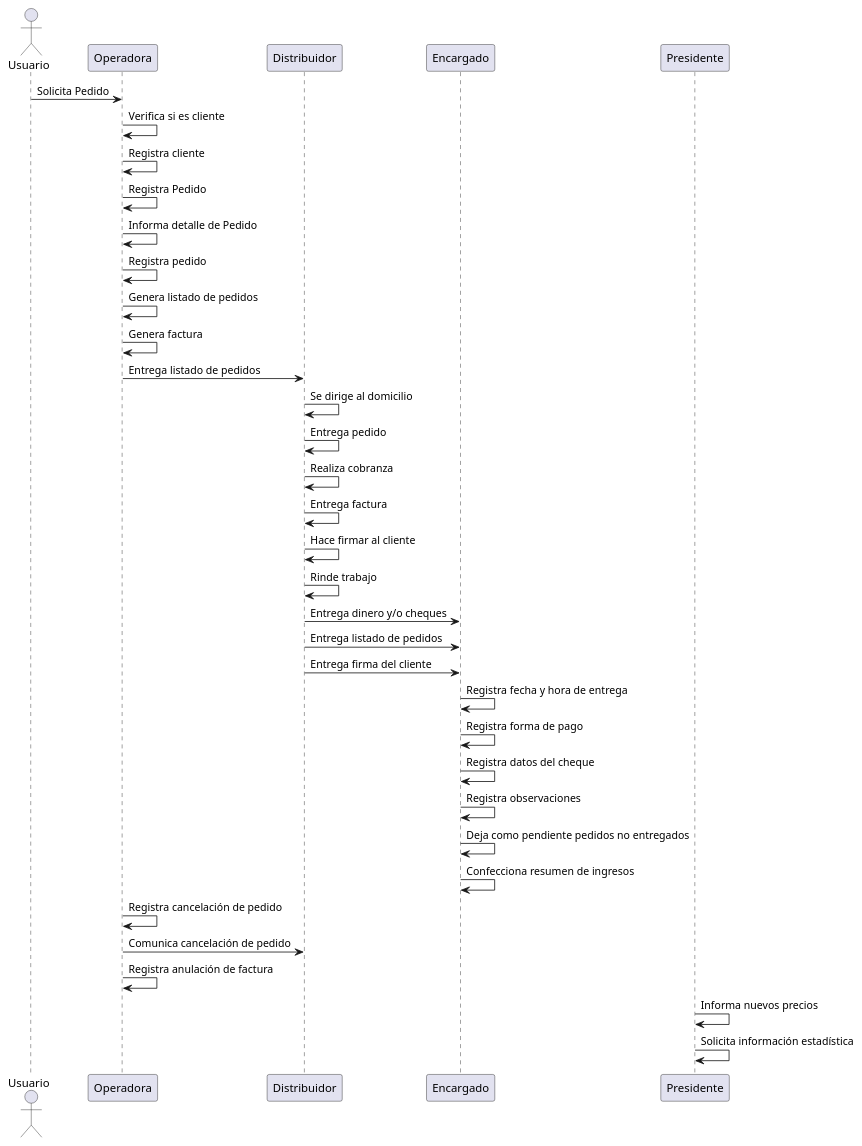
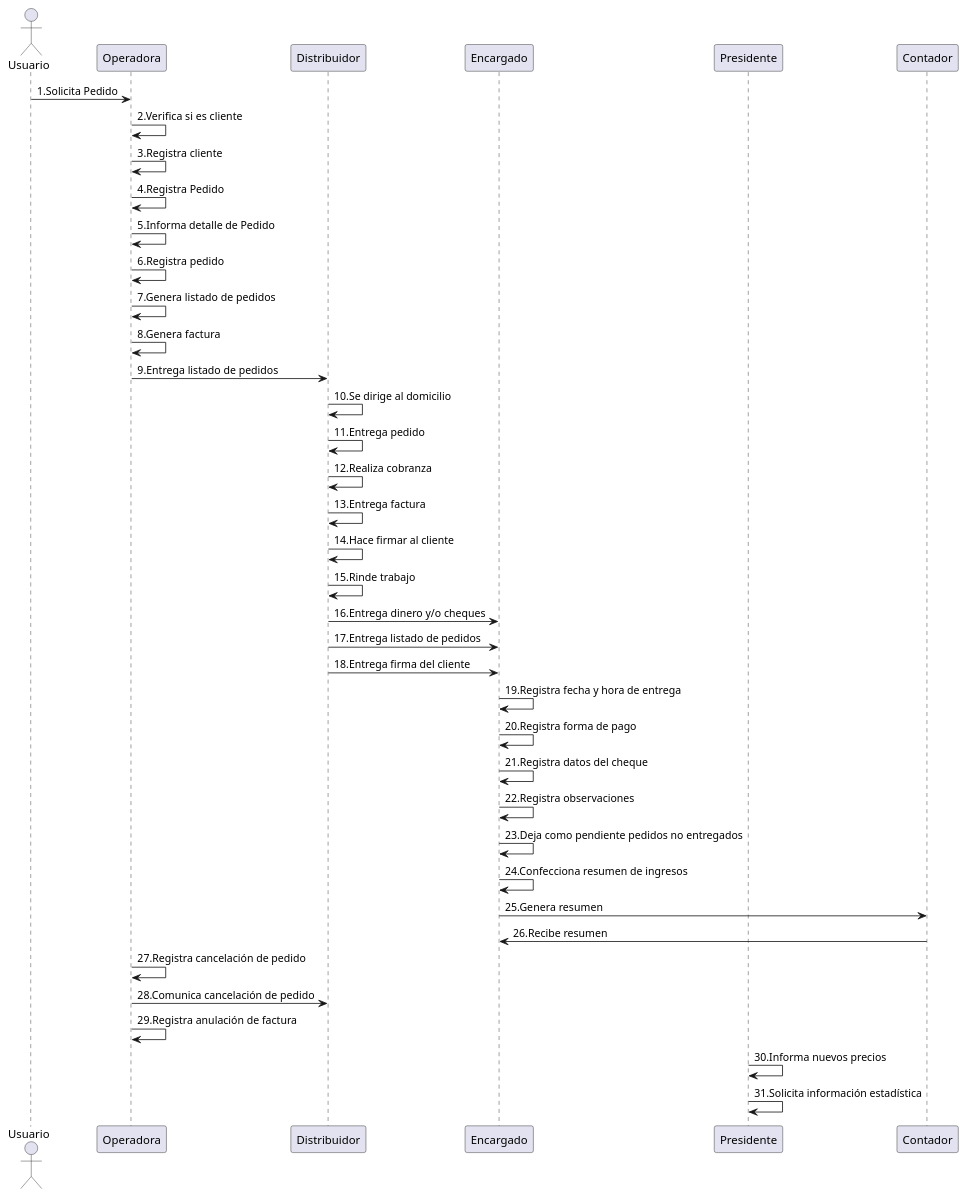
The diagram in Java/src/Final/Diagrama-de-Secuencias.puml (SecondPort/DOO1), drawn with PlantUML before and after one commit.

```diff
--- a/Java/src/Final/Diagrama-de-Secuencias.puml
+++ b/Java/src/Final/Diagrama-de-Secuencias.puml
@@ -2,40 +2,43 @@
 @startuml Casos-de-Uso
 
 actor Usuario
 
 participant "Operadora" as O
 participant "Distribuidor" as D
 participant "Encargado" as E
 participant "Presidente" as P
+participant "Contador" as C
 
-Usuario -> O: Solicita Pedido
-O -> O: Verifica si es cliente
-O -> O: Registra cliente
-O -> O: Registra Pedido
-O -> O: Informa detalle de Pedido
-O -> O: Registra pedido
-O -> O: Genera listado de pedidos
-O -> O: Genera factura
-O -> D: Entrega listado de pedidos
-D -> D: Se dirige al domicilio
-D -> D: Entrega pedido
-D -> D: Realiza cobranza
-D -> D: Entrega factura
-D -> D: Hace firmar al cliente
-D -> D: Rinde trabajo
-D -> E: Entrega dinero y/o cheques
-D -> E: Entrega listado de pedidos
-D -> E: Entrega firma del cliente
-E -> E: Registra fecha y hora de entrega
-E -> E: Registra forma de pago
-E -> E: Registra datos del cheque
-E -> E: Registra observaciones
-E -> E: Deja como pendiente pedidos no entregados
-E -> E: Confecciona resumen de ingresos
-O -> O: Registra cancelación de pedido
-O -> D: Comunica cancelación de pedido
-O -> O: Registra anulación de factura
-P -> P: Informa nuevos precios
-P -> P: Solicita información estadística
+Usuario -> O: 1.Solicita Pedido
+O -> O: 2.Verifica si es cliente
+O -> O: 3.Registra cliente
+O -> O: 4.Registra Pedido
+O -> O: 5.Informa detalle de Pedido
+O -> O: 6.Registra pedido
+O -> O: 7.Genera listado de pedidos
+O -> O: 8.Genera factura
+O -> D: 9.Entrega listado de pedidos
+D -> D: 10.Se dirige al domicilio
+D -> D: 11.Entrega pedido
+D -> D: 12.Realiza cobranza
+D -> D: 13.Entrega factura
+D -> D: 14.Hace firmar al cliente
+D -> D: 15.Rinde trabajo
+D -> E: 16.Entrega dinero y/o cheques
+D -> E: 17.Entrega listado de pedidos
+D -> E: 18.Entrega firma del cliente
+E -> E: 19.Registra fecha y hora de entrega
+E -> E: 20.Registra forma de pago
+E -> E: 21.Registra datos del cheque
+E -> E: 22.Registra observaciones
+E -> E: 23.Deja como pendiente pedidos no entregados
+E -> E: 24.Confecciona resumen de ingresos
+E -> C: 25.Genera resumen
+C -> E: 26.Recibe resumen
+O -> O: 27.Registra cancelación de pedido
+O -> D: 28.Comunica cancelación de pedido
+O -> O: 29.Registra anulación de factura
+P -> P: 30.Informa nuevos precios
+P -> P: 31.Solicita información estadística
 
 @enduml
```
